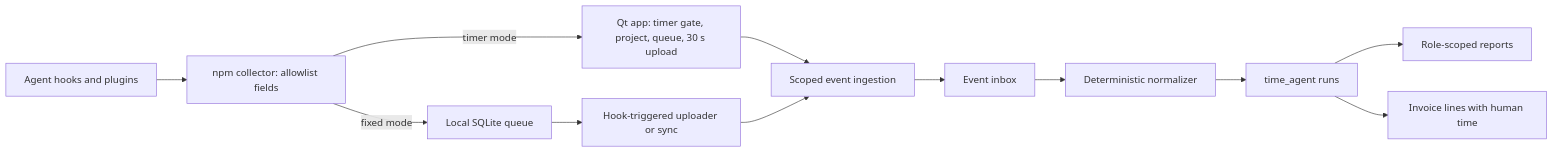
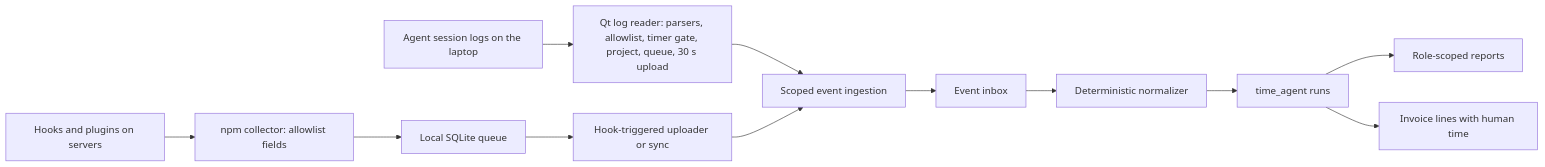
One commit to work-address/app changed the diagram in docs/agent-time-tracking.md. Above: the diagram before and after it, drawn with Mermaid. The commit also changed other lines of this file and 4 other files, not shown here.

````diff
--- a/docs/agent-time-tracking.md
+++ b/docs/agent-time-tracking.md
@@ -240,14 +243,14 @@
 ```mermaid
 flowchart LR
-  H[Agent hooks and plugins] --> C[npm collector: allowlist fields]
-  C -->|timer mode| QT[Qt app: timer gate, project, queue, 30 s upload]
-  C -->|fixed mode| Q[Local SQLite queue]
+  L[Agent session logs on the laptop] --> QT[Qt log reader: parsers, allowlist, timer gate, project, queue, 30 s upload]
+  H[Hooks and plugins on servers] --> C[npm collector: allowlist fields]
+  C --> Q[Local SQLite queue]
   Q --> U[Hook-triggered uploader or sync]
   QT --> I[Scoped event ingestion]
   U --> I
   I --> E[Event inbox]
   E --> N[Deterministic normalizer]
   N --> T[time_agent runs]
   T --> R[Role-scoped reports]
   T --> V[Invoice lines with human time]
 ```
````
